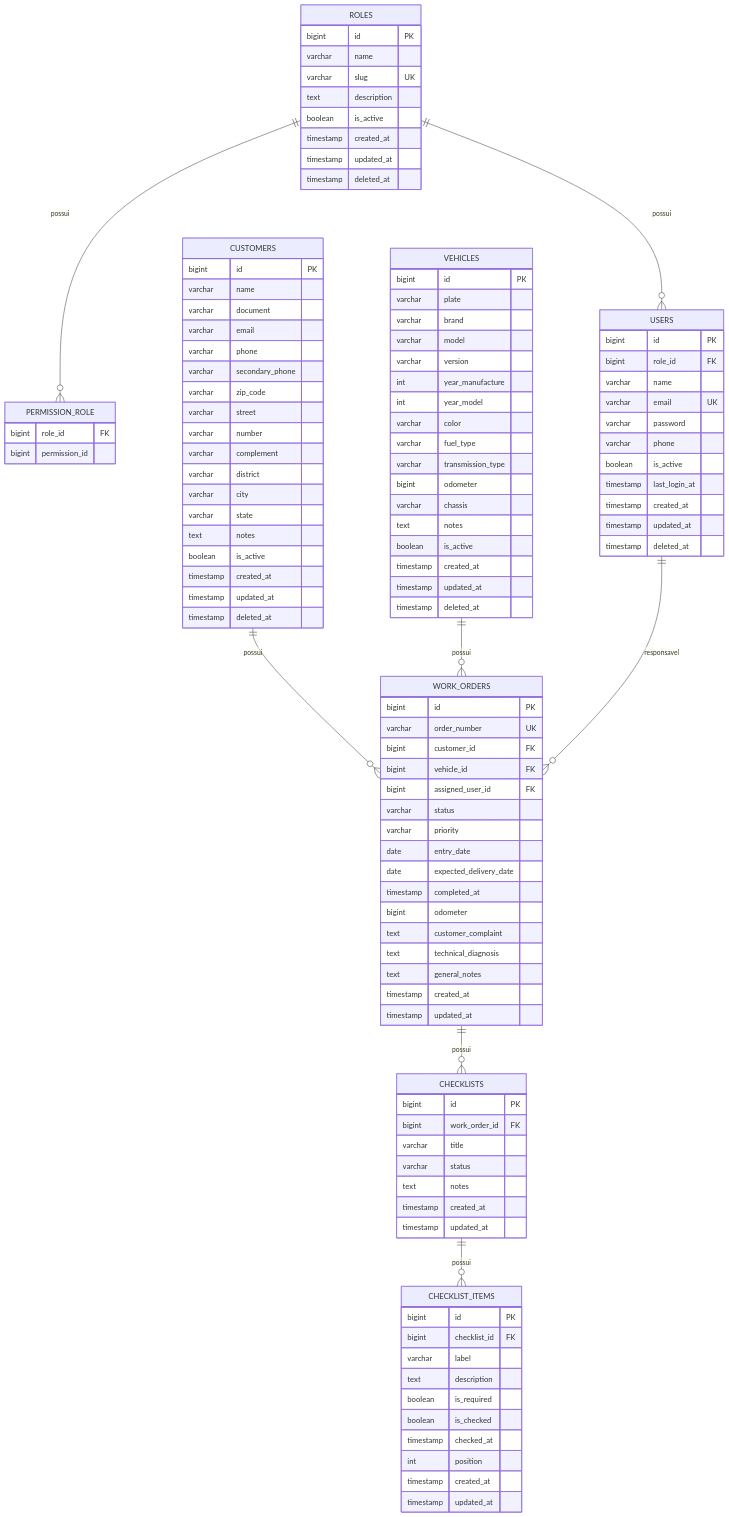
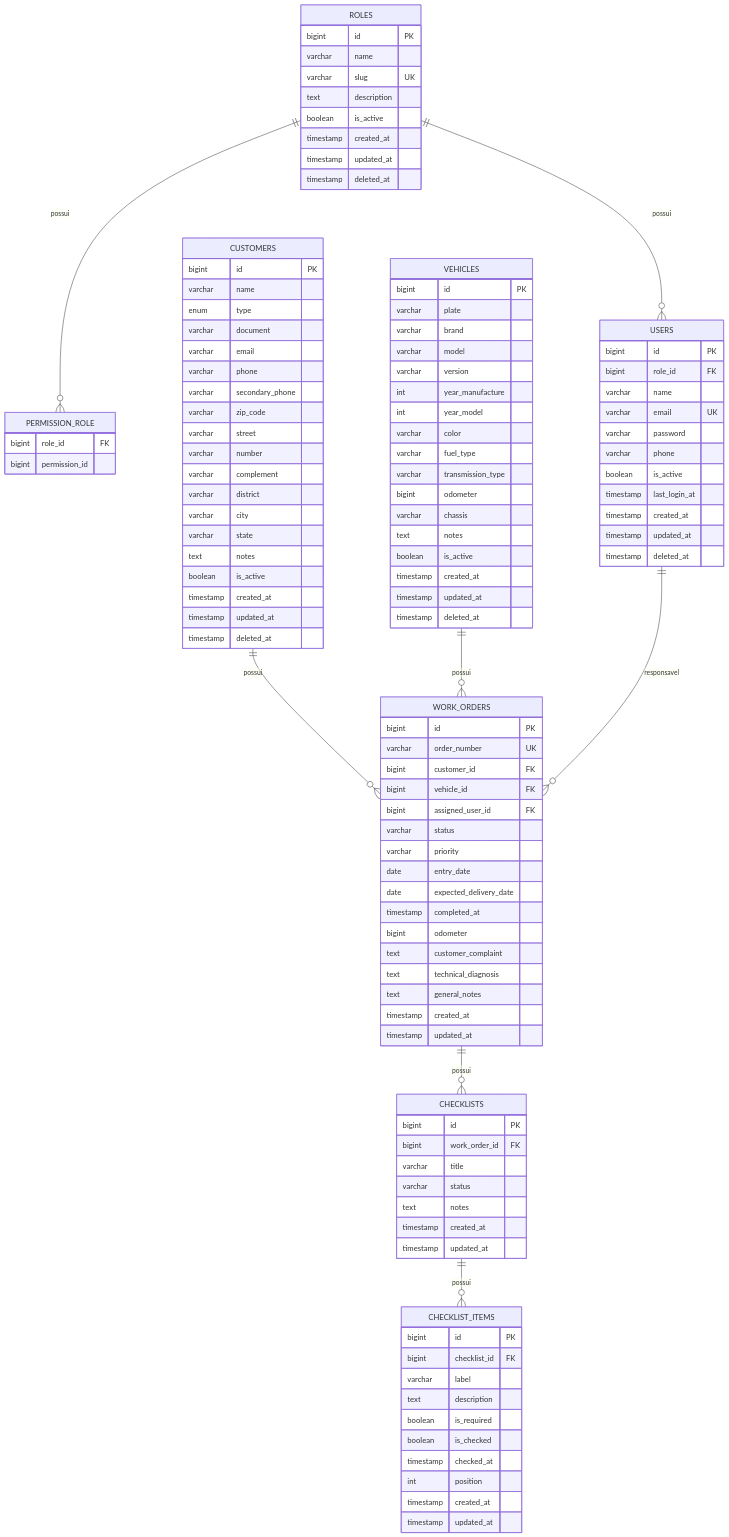
Before and after one commit to henryvitoreti/mini-saas: the second of 2 diagrams in docs/database-erd.md, drawn with Mermaid. The commit also changed 22 other files, not shown here.

```diff
--- a/docs/database-erd.md
+++ b/docs/database-erd.md
@@ -79,6 +79,7 @@
     CUSTOMERS {
         bigint id PK
         varchar name
+        enum type
         varchar document
         varchar email
         varchar phone
```
